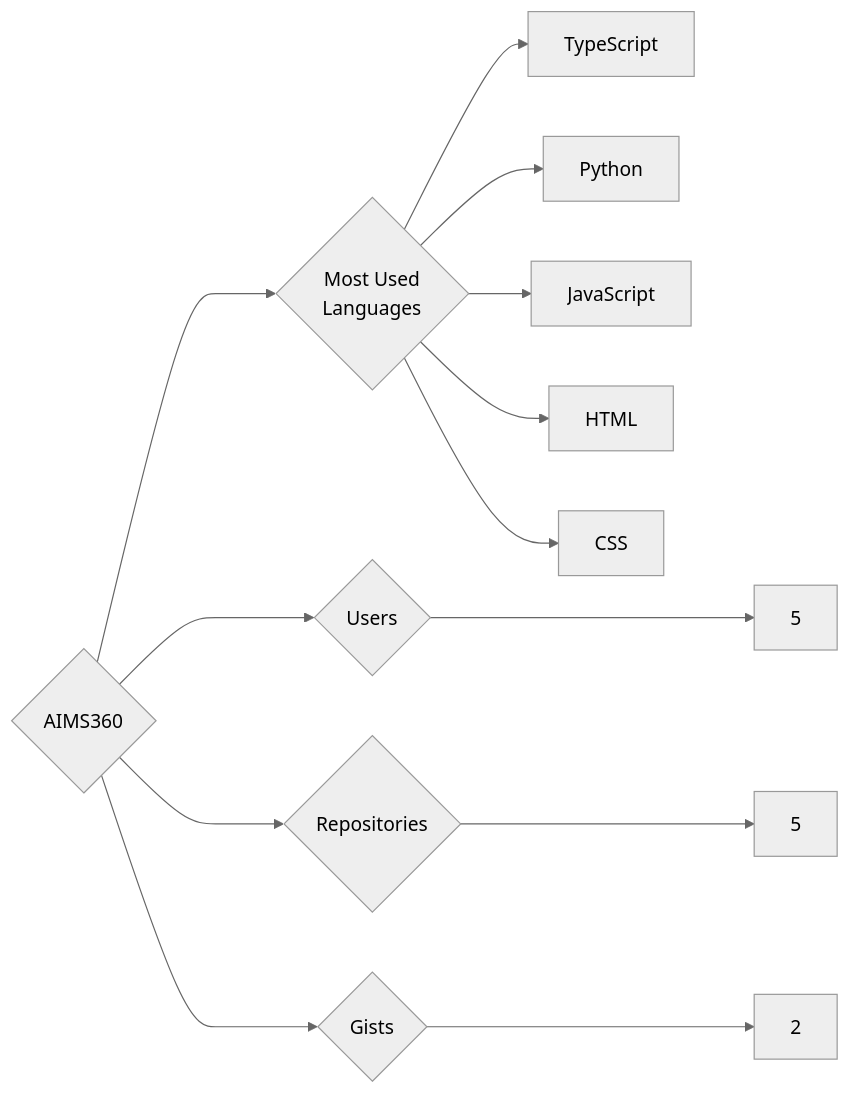
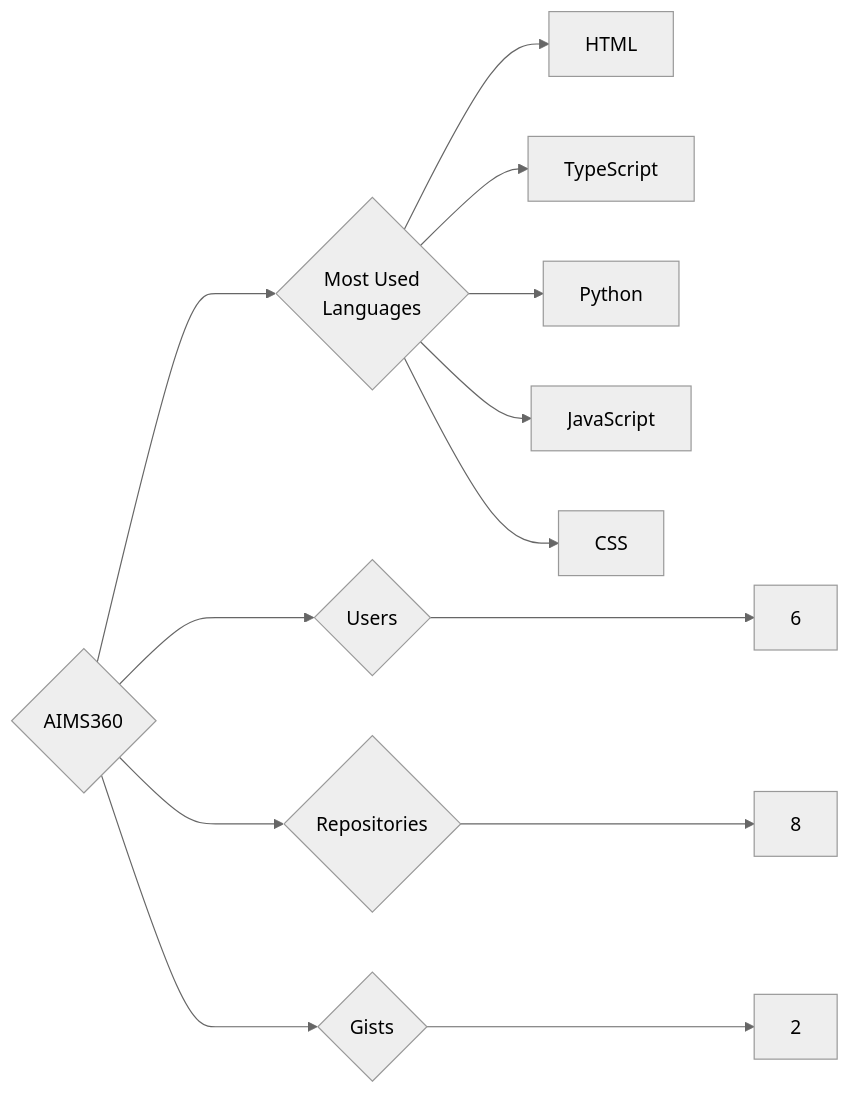
Before and after one commit to trickest/insiders: the diagram in targets/AIMS360/README.md, drawn with Mermaid (neutral theme). The commit also changed 1020 other files, not shown here.

````diff
--- a/targets/AIMS360/README.md
+++ b/targets/AIMS360/README.md
@@ -3,13 +3,13 @@
 ```mermaid
 graph LR
 COMPANY_NAME{AIMS360}
-COMPANY_NAME ---> U{Users} ---> UN[5]
-COMPANY_NAME ---> R{Repositories} ---> RN[5]
+COMPANY_NAME ---> U{Users} ---> UN[6]
+COMPANY_NAME ---> R{Repositories} ---> RN[8]
 COMPANY_NAME ---> G{Gists} ---> GN[2]
 COMPANY_NAME ---> ML{Most Used<br>Languages}
+ML --> HTML[HTML]
 ML --> TypeScript[TypeScript]
 ML --> Python[Python]
 ML --> JavaScript[JavaScript]
-ML --> HTML[HTML]
 ML --> CSS[CSS]
 ```
````
